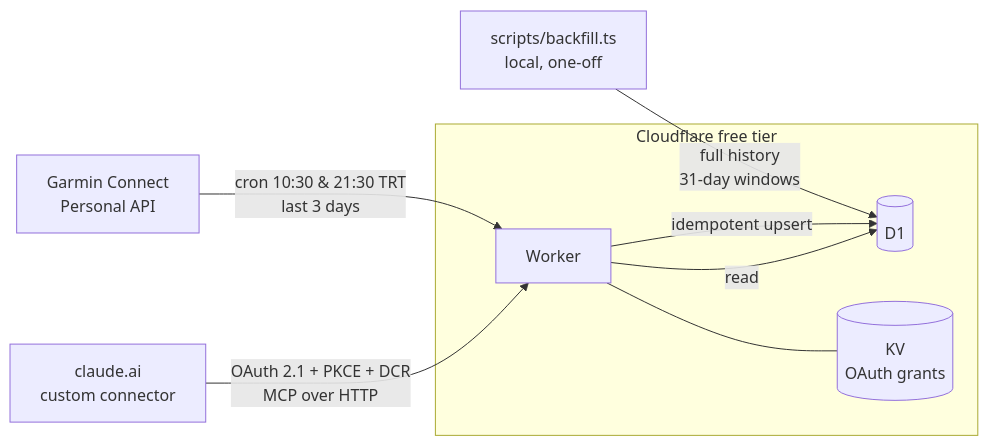
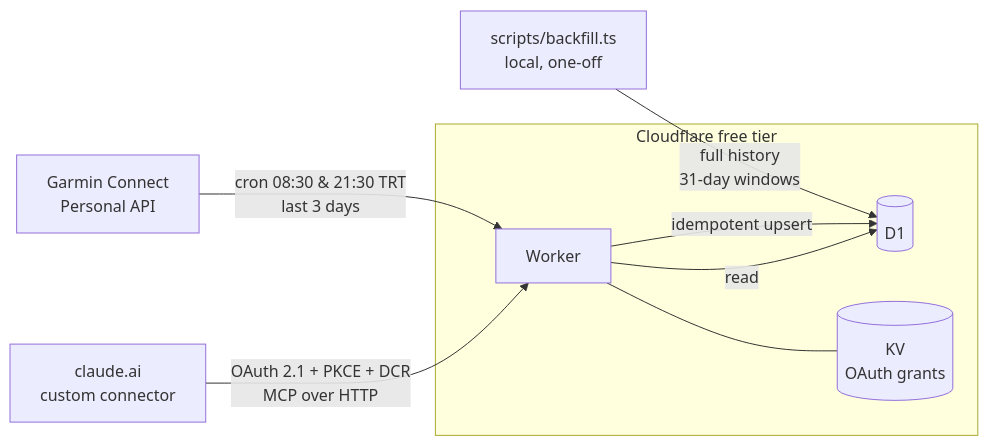
One commit to ac-ozdemir/garmin-mcp changed the diagram in README.md. Above: the diagram before and after it, drawn with Mermaid. The commit also changed other lines of this file and 1 other file, not shown here.

Commit message:
chore(cron): move the morning sync to 08:30 Europe/Istanbul
Runs at 05:30 UTC instead of 07:30 so last night is usually stored
before the first question of the day. The evening run stays at 21:30.

````diff
--- a/README.md
+++ b/README.md
@@ -10,11 +10,11 @@
 ```mermaid
 flowchart LR
-  G[Garmin Connect<br/>Personal API] -- "cron 10:30 & 21:30 TRT<br/>last 3 days" --> W
+  G[Garmin Connect<br/>Personal API] -- "cron 08:30 & 21:30 TRT<br/>last 3 days" --> W
   B[scripts/backfill.ts<br/>local, one-off] -- "full history<br/>31-day windows" --> D
   subgraph Cloudflare free tier
     W[Worker] -- idempotent upsert --> D[(D1)]
     W --- K[(KV<br/>OAuth grants)]
   end
   C[claude.ai<br/>custom connector] -- "OAuth 2.1 + PKCE + DCR<br/>MCP over HTTP" --> W
   W -- read --> D
 ```
````
